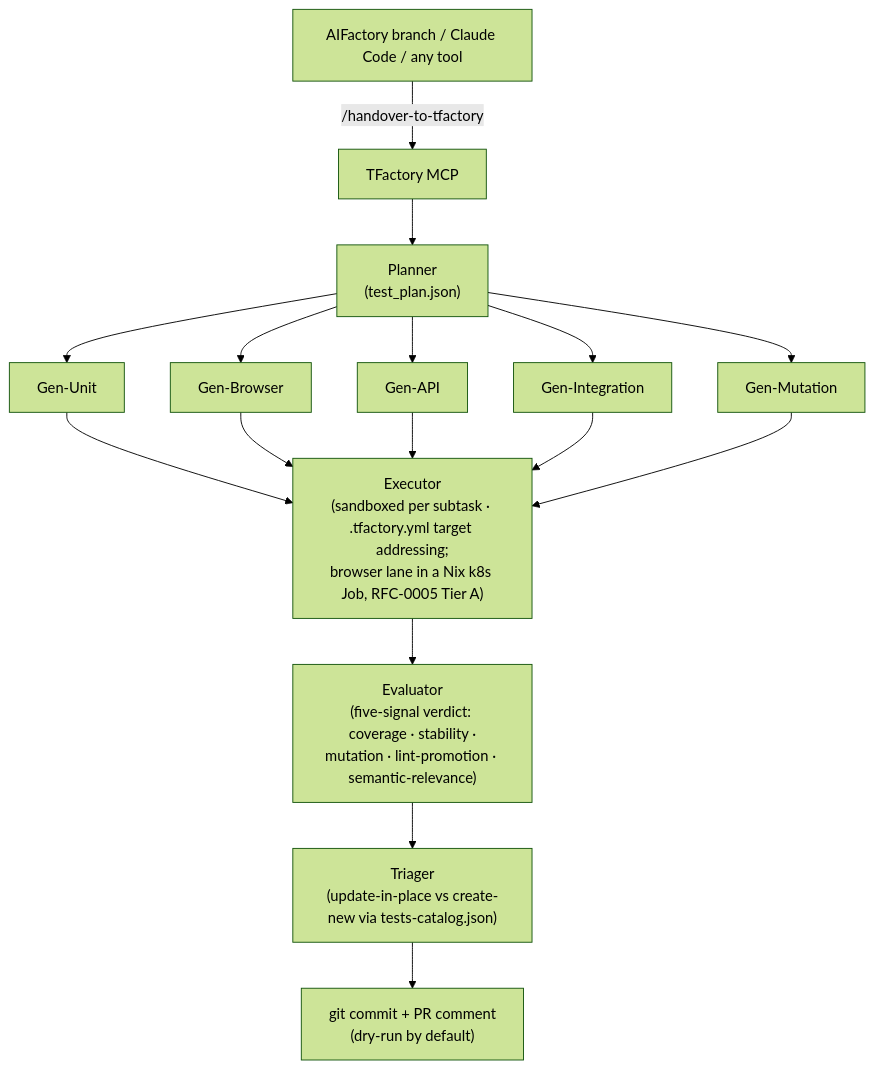
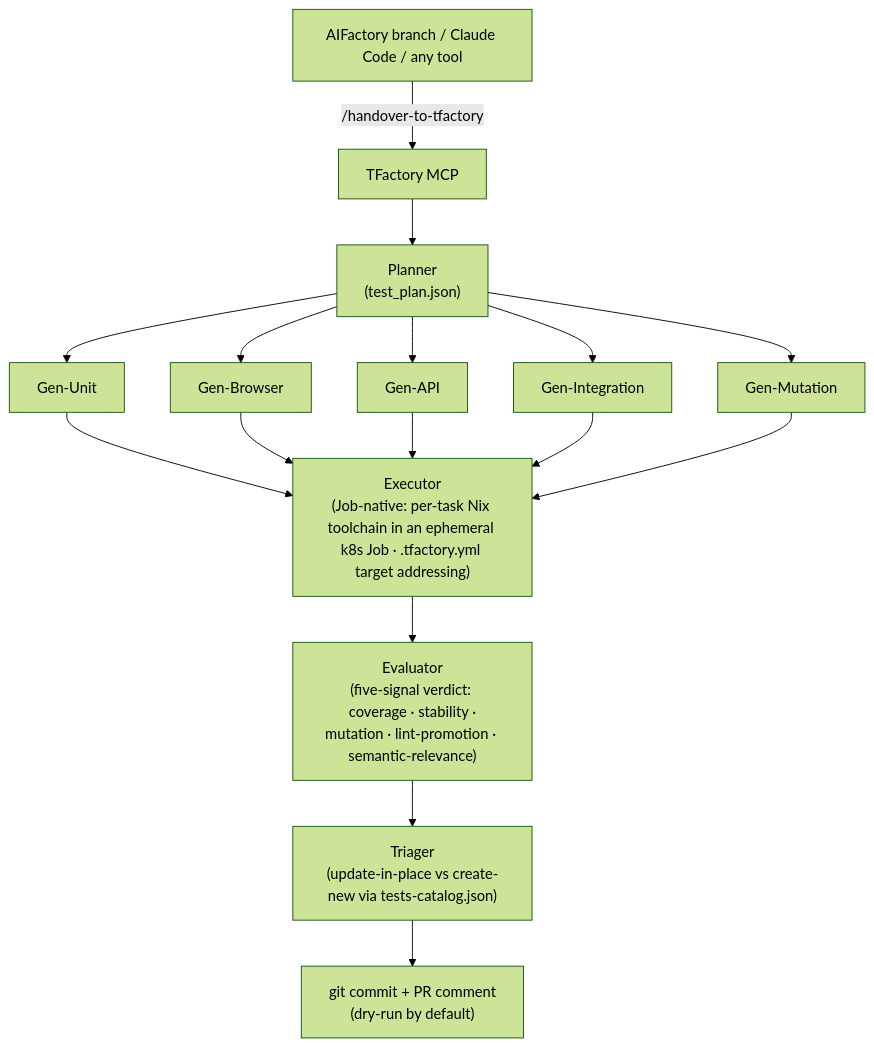
The diagram in docs/architecture.md (olafkfreund/TFactory), drawn with Mermaid (forest theme) before and after one commit. The commit also changed other lines of this file and 11 other files, not shown here.

````diff
--- a/docs/architecture.md
+++ b/docs/architecture.md
@@ -17,21 +17,21 @@
 ```mermaid
 flowchart TD
     H["AIFactory branch / Claude Code / any tool"] -->|"/handover-to-tfactory"| MCP["TFactory MCP"]
     MCP --> P["Planner<br/>(test_plan.json)"]
 
     P --> U["Gen-Unit"]
     P --> B["Gen-Browser"]
     P --> A["Gen-API"]
     P --> I["Gen-Integration"]
     P --> M["Gen-Mutation"]
 
-    U --> X["Executor<br/>(sandboxed per subtask · .tfactory.yml target addressing;<br/>browser lane in a Nix k8s Job, RFC-0005 Tier A)"]
+    U --> X["Executor<br/>(Job-native: per-task Nix toolchain in an ephemeral k8s Job · .tfactory.yml target addressing)"]
     B --> X
     A --> X
     I --> X
     M --> X
 
     X --> E["Evaluator<br/>(five-signal verdict: coverage · stability ·<br/>mutation · lint-promotion · semantic-relevance)"]
     E --> T["Triager<br/>(update-in-place vs create-new via tests-catalog.json)"]
     T --> R["git commit + PR comment<br/>(dry-run by default)"]
 ```
````
